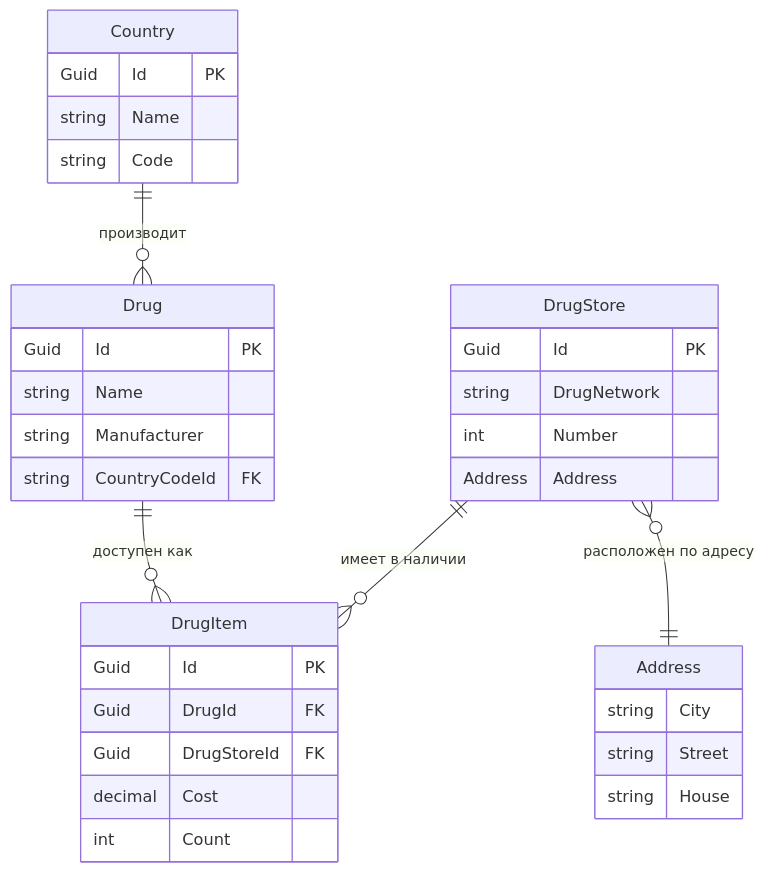
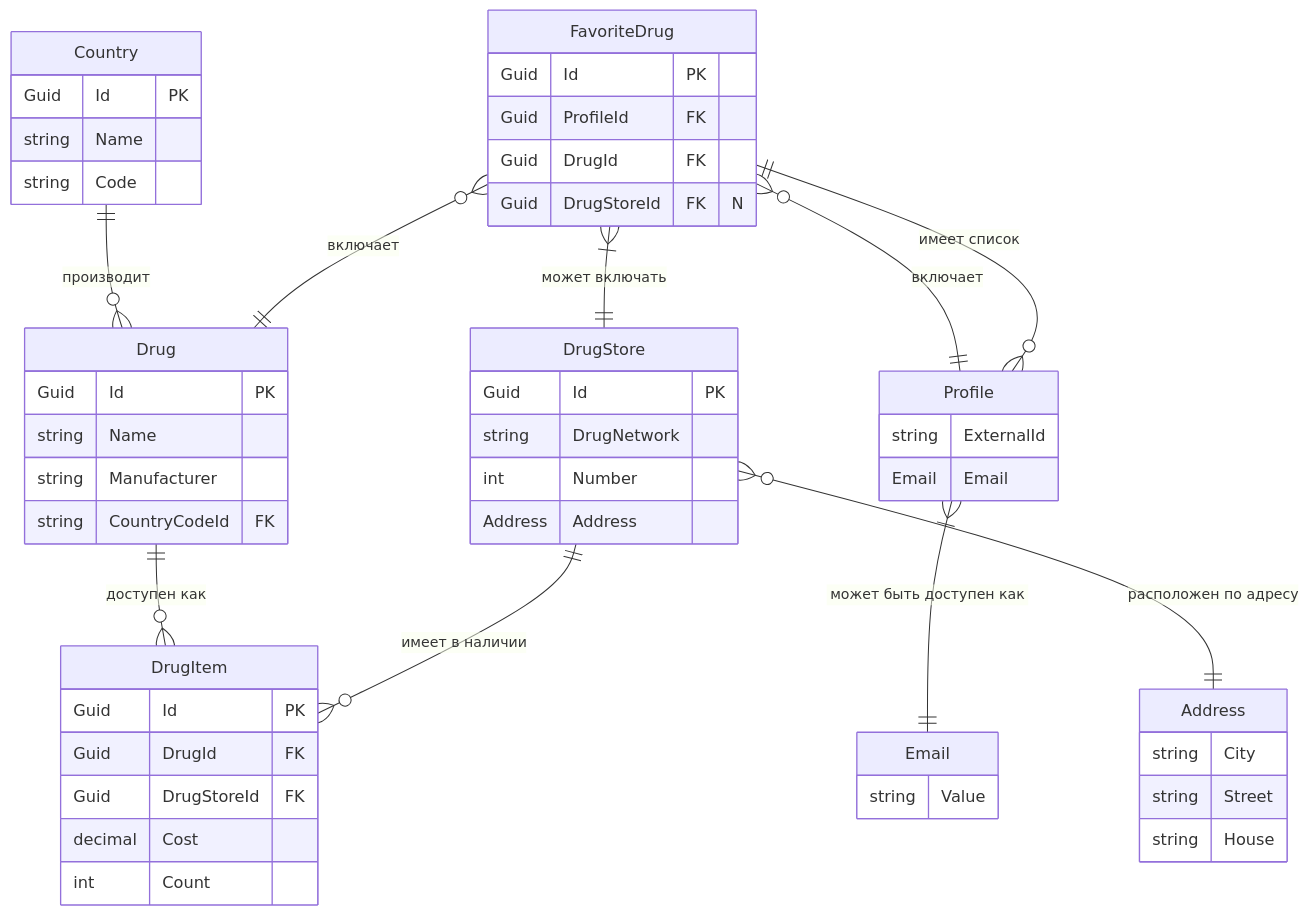
Before and after one commit to yzemlinskii/DrugsBot: the diagram in ReadMe.md, drawn with Mermaid. The commit also changed other lines of this file and 22 other files, not shown here.

````diff
--- a/ReadMe.md
+++ b/ReadMe.md
@@ -17,42 +20,63 @@
 ```mermaid
 erDiagram
     Country {
         Guid Id PK
         string Name
         string Code
     }
-    
+
     Drug {
         Guid Id PK
         string Name
         string Manufacturer
         string CountryCodeId FK
     }
-    
+
     DrugStore {
         Guid Id PK
         string DrugNetwork
         int Number
         Address Address
     }
-    
+
     DrugItem {
         Guid Id PK
         Guid DrugId FK
         Guid DrugStoreId FK
         decimal Cost
         int Count
     }
-    
+
     Address {
         string City
         string Street
         string House
     }
 
+    FavoriteDrug {
+        Guid Id PK
+        Guid ProfileId FK
+        Guid DrugId FK
+        Guid DrugStoreId FK "N"
+    }
+
+    Profile {
+        string ExternalId
+        Email Email
+    }
+
+    Email {
+        string Value
+    }
+
     %% Relationships
     Country ||--o{ Drug : "производит"
-    Drug ||--o{ DrugItem : "доступен как"
+    Drug ||--o{ DrugItem : "доступен как"    
     DrugStore ||--o{ DrugItem : "имеет в наличии"
     DrugStore }o--|| Address : "расположен по адресу"
+    FavoriteDrug }o--|| Profile : "включает"
+    FavoriteDrug }o--|| Drug : "включает"
+    FavoriteDrug }|--|| DrugStore : "может включать"
+    Profile }o--|| FavoriteDrug : "имеет список"
+    Profile }|--|| Email : "может быть доступен как"
 ```
````
